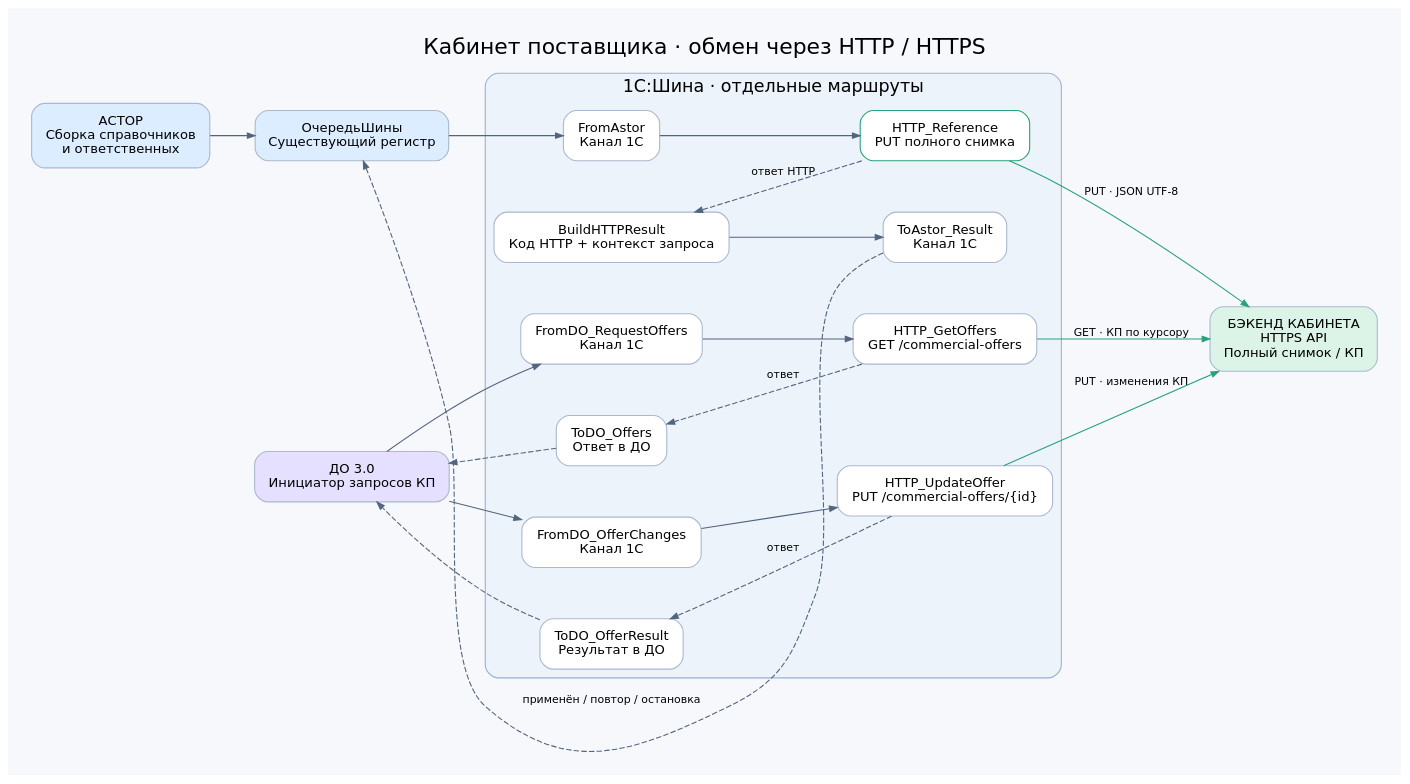
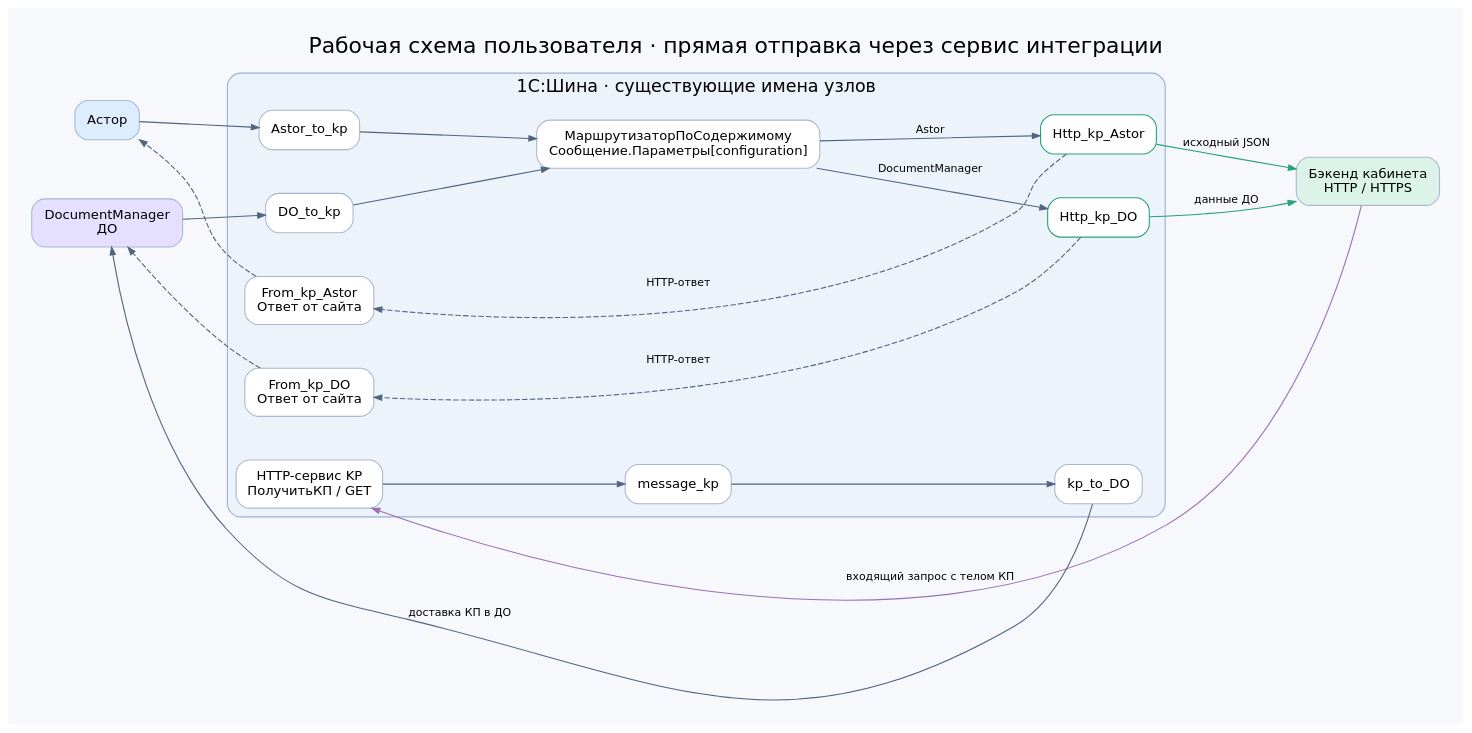
The diagram in onec/docs/http-scheme.dot (DEN97SE/react_project), drawn with Graphviz before and after one commit. The commit also changed 33 other files, not shown here.

Commit message:
Use supplied HTTP Bus scheme and direct Astor integration service without queue register

```diff
--- a/onec/docs/http-scheme.dot
+++ b/onec/docs/http-scheme.dot
@@ -1,35 +1,34 @@
 digraph HTTP_KP {
-  graph [rankdir=LR, bgcolor="#f6f8fc", pad="0.3", nodesep="0.65", ranksep="0.55", fontname="DejaVu Sans", fontsize=20, labelloc=t, label="Кабинет поставщика · обмен через HTTP / HTTPS"];
-  node [shape=box, style="rounded,filled", fillcolor=white, color="#aab9cd", fontname="DejaVu Sans", fontsize=12, margin="0.18,0.14"];
-  edge [color="#52657f", arrowsize=0.7, fontname="DejaVu Sans", fontsize=10];
-  Astor [label="АСТОР\nСборка справочников\nи ответственных", fillcolor="#dbedff"];
-  Q [label="ОчередьШины\nСуществующий регистр", fillcolor="#dbedff"];
-  DO [label="ДО 3.0\nИнициатор запросов КП", fillcolor="#e5e0ff"];
-  Backend [label="БЭКЕНД КАБИНЕТА\nHTTPS API\nПолный снимок / КП", fillcolor="#dcf4e8"];
-  subgraph cluster_bus {
-    label="1С:Шина · отдельные маршруты"; color="#9bb2d1"; style="rounded"; bgcolor="#edf3fb"; fontsize=16;
-    FromAstor [label="FromAstor\nКанал 1С"];
-    HTTPReference [label="HTTP_Reference\nPUT полного снимка", color="#28a278"];
-    Result [label="BuildHTTPResult\nКод HTTP + контекст запроса"];
-    ToAstor [label="ToAstor_Result\nКанал 1С"];
-    FromDOGet [label="FromDO_RequestOffers\nКанал 1С"];
-    HTTPGet [label="HTTP_GetOffers\nGET /commercial-offers"];
-    ToDOGet [label="ToDO_Offers\nОтвет в ДО"];
-    FromDOUpdate [label="FromDO_OfferChanges\nКанал 1С"];
-    HTTPUpdate [label="HTTP_UpdateOffer\nPUT /commercial-offers/{id}"];
-    ToDOResult [label="ToDO_OfferResult\nРезультат в ДО"];
-  }
-  Astor -> Q -> FromAstor -> HTTPReference;
-  HTTPReference -> Backend [label="PUT · JSON UTF-8", color="#28a278"];
-  HTTPReference -> Result [label="ответ HTTP", constraint=false, style=dashed];
-  Result -> ToAstor;
-  ToAstor -> Q [label="применён / повтор / остановка", constraint=false, style=dashed];
-  DO -> FromDOGet -> HTTPGet;
-  HTTPGet -> Backend [label="GET · КП по курсору", color="#28a278"];
-  HTTPGet -> ToDOGet [label="ответ", constraint=false, style=dashed];
-  ToDOGet -> DO [constraint=false, style=dashed];
-  DO -> FromDOUpdate -> HTTPUpdate;
-  HTTPUpdate -> Backend [label="PUT · изменения КП", color="#28a278"];
-  HTTPUpdate -> ToDOResult [label="ответ", constraint=false, style=dashed];
-  ToDOResult -> DO [constraint=false, style=dashed];
+ graph [rankdir=LR, bgcolor="#f6f8fc", pad="0.3", nodesep="0.55", ranksep="0.65", fontname="DejaVu Sans", fontsize=20, labelloc=t, label="Рабочая схема пользователя · прямая отправка через сервис интеграции"];
+ node [shape=box, style="rounded,filled", fillcolor=white, color="#aab9cd", fontname="DejaVu Sans", fontsize=12, margin="0.15,0.12"];
+ edge [color="#52657f", arrowsize=0.7, fontname="DejaVu Sans", fontsize=10];
+ A [label="Астор", fillcolor="#dbedff"];
+ D [label="DocumentManager\nДО", fillcolor="#e5e0ff"];
+ B [label="Бэкенд кабинета\nHTTP / HTTPS", fillcolor="#dcf4e8"];
+ subgraph cluster_bus {
+  label="1С:Шина · существующие имена узлов"; color="#9bb2d1"; style="rounded"; bgcolor="#edf3fb"; fontsize=16;
+  AK [label="Astor_to_kp"];
+  DK [label="DO_to_kp"];
+  R [label="МаршрутизаторПоСодержимому\nСообщение.Параметры[configuration]"];
+  HA [label="Http_kp_Astor",color="#28a278"];
+  HD [label="Http_kp_DO",color="#28a278"];
+  RA [label="From_kp_Astor\nОтвет от сайта"];
+  RD [label="From_kp_DO\nОтвет от сайта"];
+  KP [label="HTTP-сервис KP\nПолучитьКП / GET"];
+  M [label="message_kp"];
+  TD [label="kp_to_DO"];
+ }
+ A -> AK -> R;
+ D -> DK -> R;
+ R -> HA [label="Astor"];
+ R -> HD [label="DocumentManager"];
+ HA -> B [label="исходный JSON",color="#28a278"];
+ HD -> B [label="данные ДО",color="#28a278"];
+ HA -> RA [label="HTTP-ответ",style=dashed,constraint=false];
+ HD -> RD [label="HTTP-ответ",style=dashed,constraint=false];
+ RA -> A [style=dashed,constraint=false];
+ RD -> D [style=dashed,constraint=false];
+ B -> KP [label="входящий запрос с телом КП",constraint=false,color="#9b6fb5"];
+ KP -> M -> TD;
+ TD -> D [label="доставка КП в ДО",constraint=false];
 }
```
